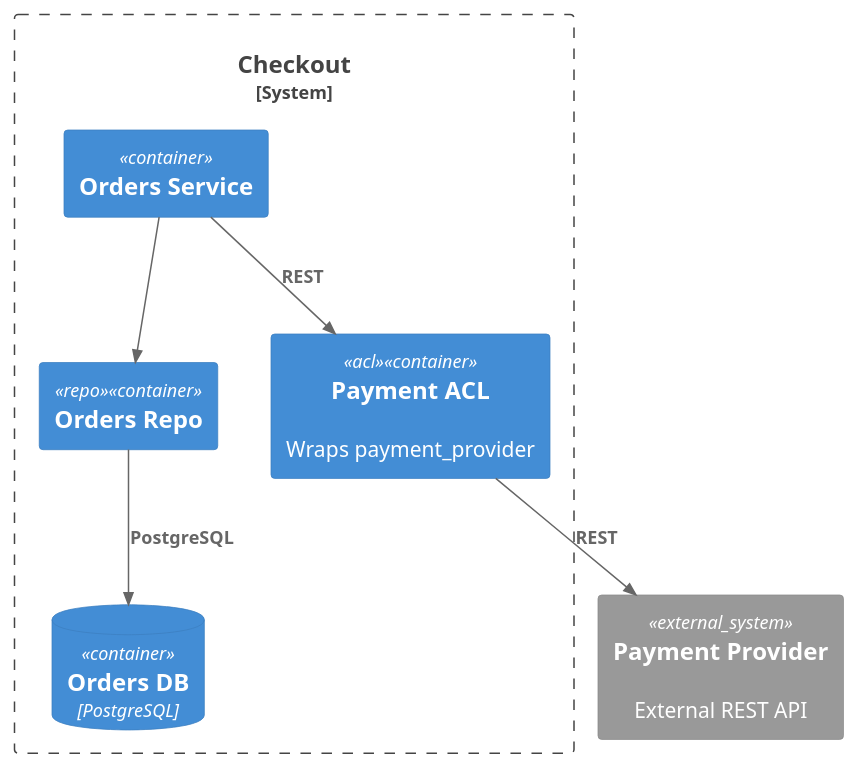
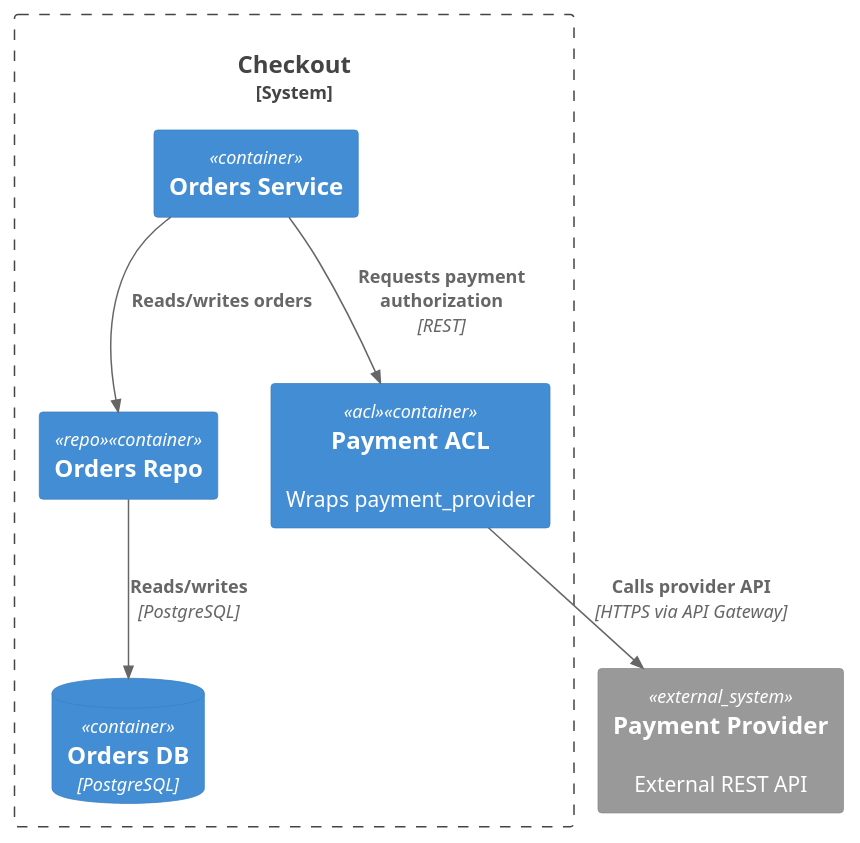
The diagram in assets/architecture-stub.puml (ChS23/aact-architect-skill), drawn with PlantUML before and after one commit. The commit also changed 10 other files, not shown here.

Commit message:
feat(skill): harden aact architect workflow

```diff
--- a/assets/architecture-stub.puml
+++ b/assets/architecture-stub.puml
@@ -1,23 +1,23 @@
 @startuml
 !include https://raw.githubusercontent.com/plantuml-stdlib/C4-PlantUML/master/C4_Container.puml
 
 ' Starter architecture. Replace with your own system.
 ' Tagging conventions used by aact rules:
 '   $tags="repo"  — service that owns a database (passes crud rule)
 '   $tags="acl"   — service wrapping an external integration (passes acl rule)
 '   $tags="async" on Rel(...) — async edge (Kafka/queue)
 
 System_Ext(payment_provider, "Payment Provider", "External REST API")
 
 System_Boundary(checkout, "Checkout") {
   Container(orders, "Orders Service")
   Container(orders_repo, "Orders Repo", "", "", $tags="repo")
   ContainerDb(orders_db, "Orders DB", "PostgreSQL")
   Container(payment_acl, "Payment ACL", "", "Wraps payment_provider", $tags="acl")
 
-  Rel(orders, orders_repo, "")
-  Rel(orders_repo, orders_db, "PostgreSQL")
-  Rel(orders, payment_acl, "REST")
-  Rel(payment_acl, payment_provider, "REST")
+  Rel(orders, orders_repo, "Reads/writes orders")
+  Rel(orders_repo, orders_db, "Reads/writes", "PostgreSQL")
+  Rel(orders, payment_acl, "Requests payment authorization", "REST")
+  Rel(payment_acl, payment_provider, "Calls provider API", "HTTPS via API Gateway")
 }
 @enduml
```
